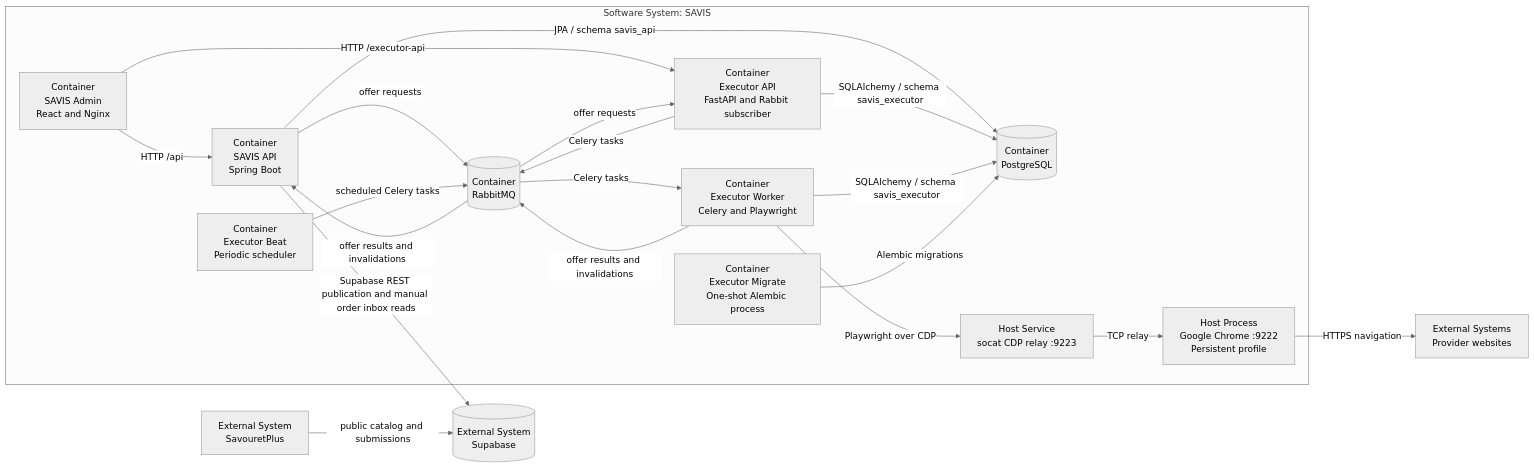
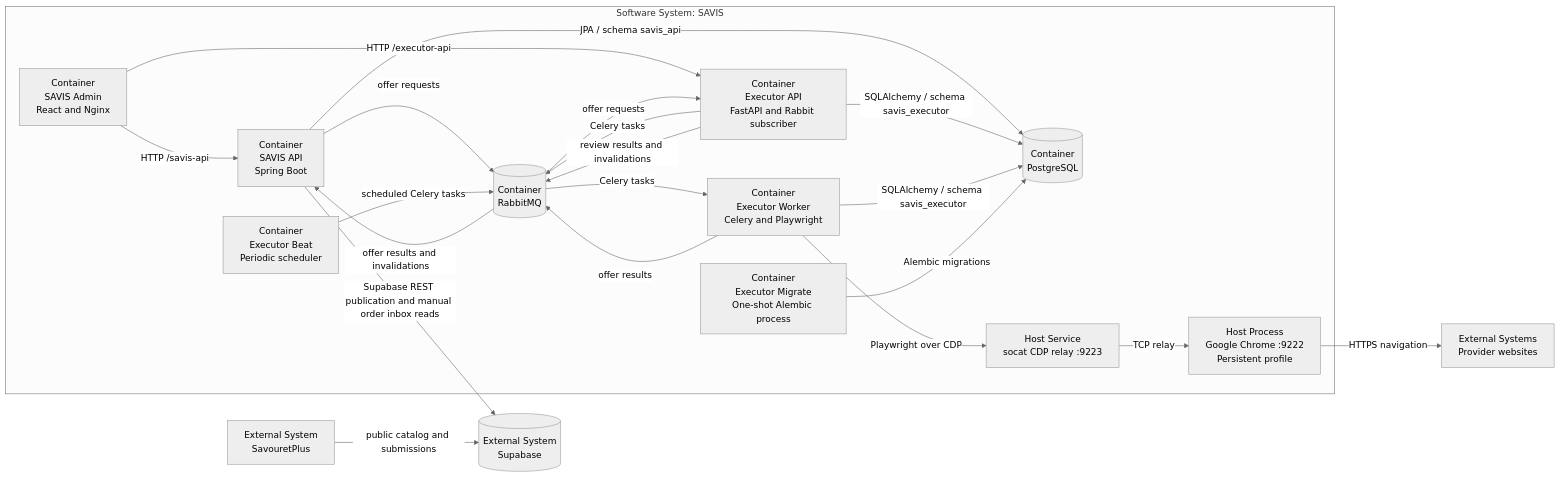
One commit to wiljeanlouis/savis changed the second of 20 diagrams in docs/ARCHITECTURE.md. Above: the diagram before and after it, drawn with Mermaid (neutral theme). The commit also changed other lines of this file and 24 other files, not shown here.

First line of the commit message:
fix: Add Business Reference documentation for SAVIS API (#171)

````diff
--- a/docs/ARCHITECTURE.md
+++ b/docs/ARCHITECTURE.md
@@ -158,42 +169,43 @@
 ```mermaid
 flowchart LR
   subgraph SAVIS["Software System: SAVIS"]
     Admin["Container<br/>SAVIS Admin<br/>React and Nginx"]
     Api["Container<br/>SAVIS API<br/>Spring Boot"]
     ExecutorApi["Container<br/>Executor API<br/>FastAPI and Rabbit subscriber"]
     Worker["Container<br/>Executor Worker<br/>Celery and Playwright"]
     Beat["Container<br/>Executor Beat<br/>Periodic scheduler"]
     Migrate["Container<br/>Executor Migrate<br/>One-shot Alembic process"]
     Rabbit[("Container<br/>RabbitMQ")]
     Postgres[("Container<br/>PostgreSQL")]
     ChromeRelay["Host Service<br/>socat CDP relay :9223"]
     Chrome["Host Process<br/>Google Chrome :9222<br/>Persistent profile"]
   end
 
   Providers["External Systems<br/>Provider websites"]
   Supabase[("External System<br/>Supabase")]
   Storefront["External System<br/>SavouretPlus"]
 
-  Admin -->|HTTP /api| Api
+  Admin -->|HTTP /savis-api| Api
   Admin -->|HTTP /executor-api| ExecutorApi
 
   Api -->|JPA / schema savis_api| Postgres
   ExecutorApi -->|SQLAlchemy / schema savis_executor| Postgres
   Worker -->|SQLAlchemy / schema savis_executor| Postgres
   Migrate -->|Alembic migrations| Postgres
 
   Api -->|offer requests| Rabbit
   Rabbit -->|offer results and invalidations| Api
   ExecutorApi -->|Celery tasks| Rabbit
   Rabbit -->|Celery tasks| Worker
   Rabbit -->|offer requests| ExecutorApi
   Beat -->|scheduled Celery tasks| Rabbit
-  Worker -->|offer results and invalidations| Rabbit
+  Worker -->|offer results| Rabbit
+  ExecutorApi -->|review results and invalidations| Rabbit
 
   Worker -->|Playwright over CDP| ChromeRelay
   ChromeRelay -->|TCP relay| Chrome
   Chrome -->|HTTPS navigation| Providers
 
   Api -->|Supabase REST publication and manual order inbox reads| Supabase
   Storefront -->|public catalog and submissions| Supabase
 ```
````
